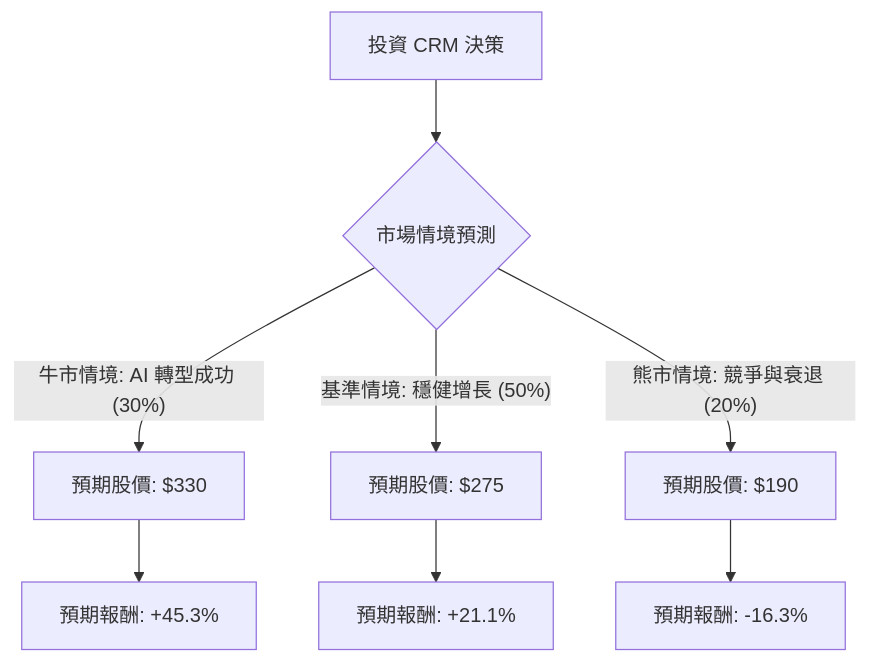
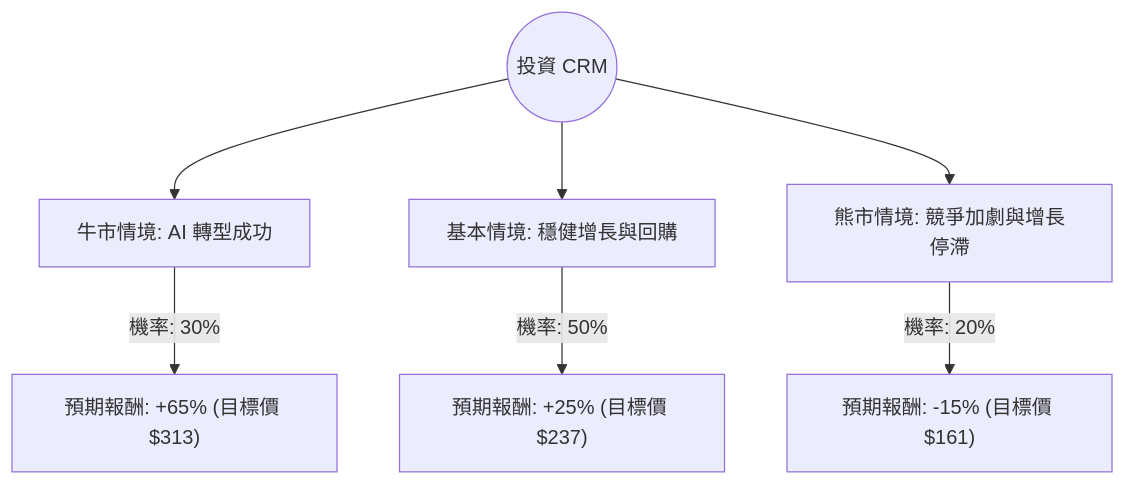
Before and after one commit to zmcx16/zmcx16.github.io: the diagram in plugin-react/ai-analysis/ev-analysis/CRM.md, drawn with Mermaid. The commit also changed other lines of this file and 79 other files, not shown here.

````diff
--- a/plugin-react/ai-analysis/ev-analysis/CRM.md
+++ b/plugin-react/ai-analysis/ev-analysis/CRM.md
@@ -20,12 +19,10 @@
 ```mermaid
 graph TD
-    A[投資 CRM 決策] --> B{市場情境預測}
-    
-    B -- 牛市情境: AI 轉型成功 (30%) --> C[預期股價: $330]
-    B -- 基準情境: 穩健增長 (50%) --> D[預期股價: $275]
-    B -- 熊市情境: 競爭與衰退 (20%) --> E[預期股價: $190]
+    Start((投資 CRM)) --> Bull[牛市情境: AI 轉型成功]
+    Start --> Base[基本情境: 穩健增長與回購]
+    Start --> Bear[熊市情境: 競爭加劇與增長停滯]
 
-    C --> C1[預期報酬: +45.3%]
-    D --> D1[預期報酬: +21.1%]
-    E --> E1[預期報酬: -16.3%]
+    Bull -- "機率: 30%" --> BullVal["預期報酬: +65% (目標價 $313)"]
+    Base -- "機率: 50%" --> BaseVal["預期報酬: +25% (目標價 $237)"]
+    Bear -- "機率: 20%" --> BearVal["預期報酬: -15% (目標價 $161)"]
 ```
````
